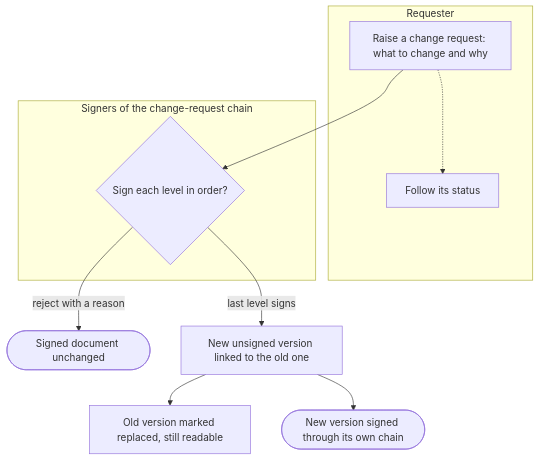
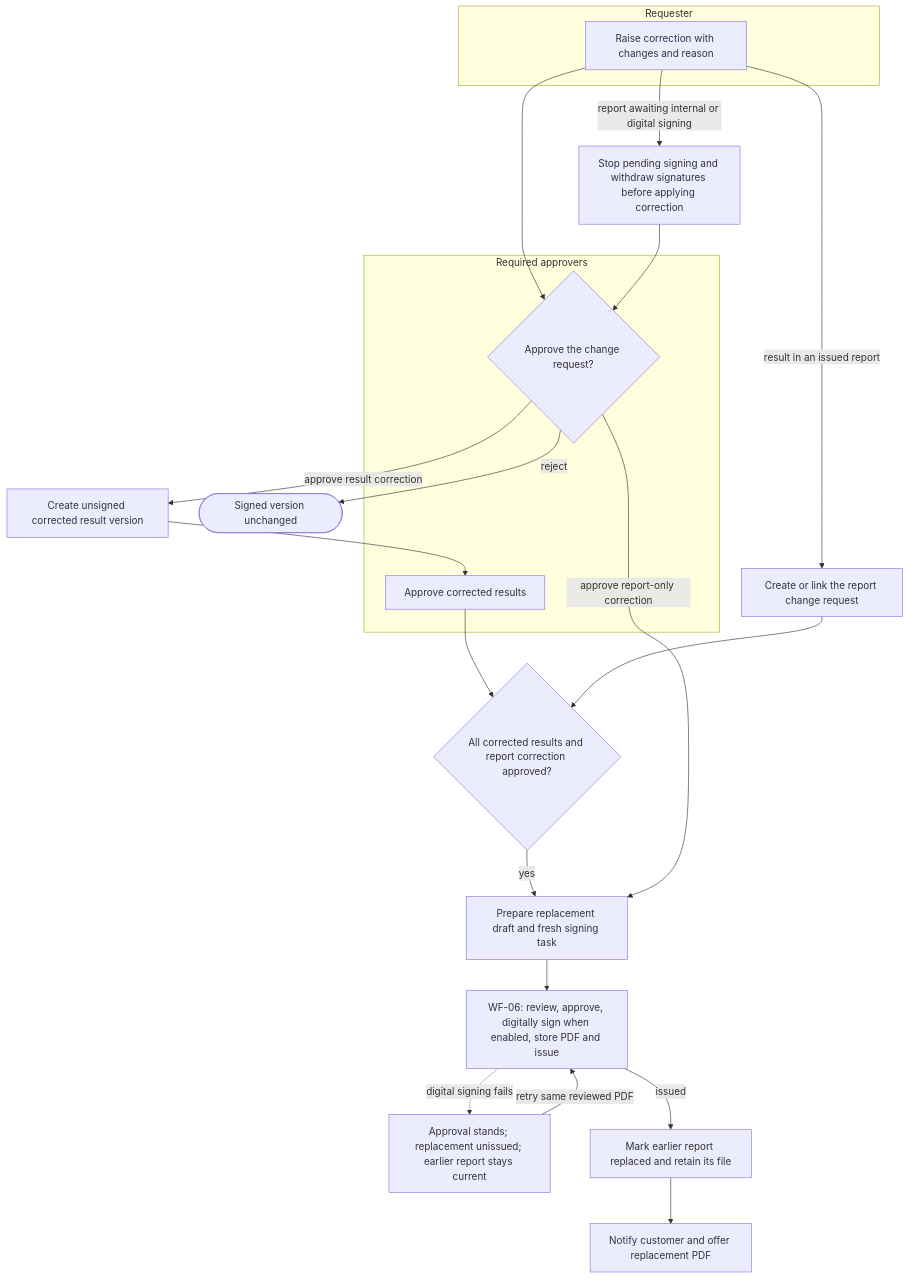
The ninth of 17 diagrams in docs/functional/business-flows.md (SoltuneMontepre/medilab), drawn with Mermaid before and after one commit. The commit also changed other lines of this file and 47 other files, not shown here.

````diff
--- a/docs/functional/business-flows.md
+++ b/docs/functional/business-flows.md
@@ -446,16 +422,25 @@
 ```mermaid
 flowchart TD
     subgraph lane24 ["Requester"]
-        r1["Raise a change request: what to change and why"]
-        r2[Follow its status]
+        r1[Raise correction with changes and reason]
     end
-    subgraph lane25 ["Signers of the change-request chain"]
-        s1{Sign each level in order?}
+    subgraph lane25 ["Required approvers"]
+        s1{Approve the change request?}
+        s2[Approve corrected results]
     end
     r1 --> s1
-    s1 -->|reject with a reason| kept([Signed document unchanged])
-    s1 -->|last level signs| v[New unsigned version linked to the old one]
-    v --> old[Old version marked replaced, still readable]
-    v --> sign([New version signed through its own chain])
-    r1 -.-> r2
+    r1 -->|result in an issued report| link[Create or link the report change request]
+    r1 -->|report awaiting internal or digital signing| stop[Stop pending signing and withdraw signatures before applying correction]
+    s1 -->|reject| kept([Signed version unchanged])
+    s1 -->|approve result correction| result[Create unsigned corrected result version] --> s2
+    stop --> s1
+    s2 --> ready{All corrected results and report correction approved?}
+    link --> ready
+    ready -->|yes| draft[Prepare replacement draft and fresh signing task]
+    s1 -->|approve report-only correction| draft
+    draft --> release[WF-06: review, approve, digitally sign when enabled, store PDF and issue]
+    release -.->|digital signing fails| pending[Approval stands; replacement unissued; earlier report stays current]
+    pending -->|retry same reviewed PDF| release
+    release -->|issued| issued[Mark earlier report replaced and retain its file]
+    issued --> notice[Notify customer and offer replacement PDF]
 ```
````
